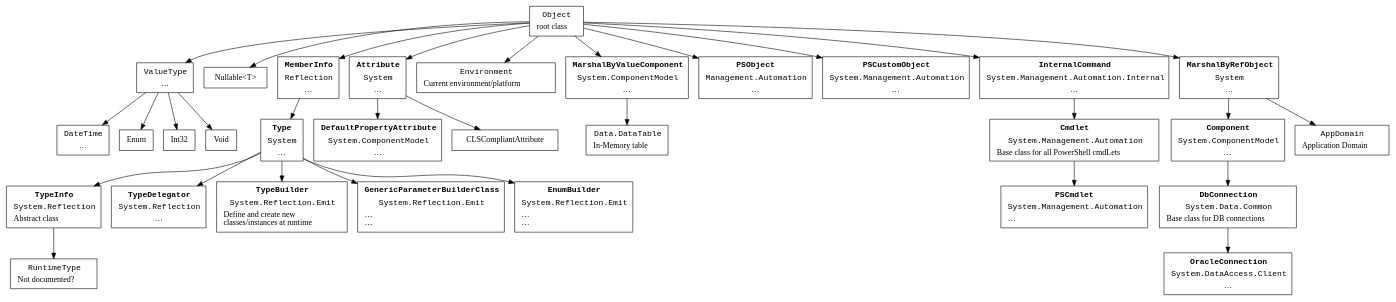
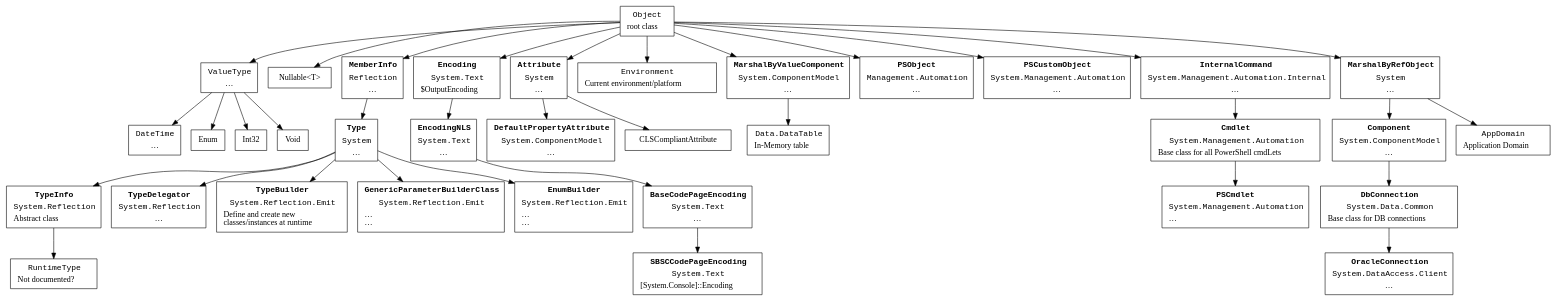
The diagram in namespaces/hierarchy.dot (ReneNyffenegger/temp-dotNet), drawn with Graphviz before and after one commit.

```diff
--- a/namespaces/hierarchy.dot
+++ b/namespaces/hierarchy.dot
@@ -55,6 +55,34 @@
        <tr><td align="text"><font face="Courier"><b>Type</b></font></td></tr>
        <tr><td align="text"><font face="Courier">System</font></td></tr>
        <tr><td>…</td></tr></table> > ];
+
+    System_Text_Encoding [ label=< <table border="0">
+       <tr><td align="text"><font face="Courier"><b>Encoding</b></font></td></tr>
+       <tr><td align="text"><font face="Courier">System.Text</font></td></tr>
+       <tr><td align="text">$OutputEncoding<br align="left"/></td></tr></table> > ];
+
+    System_Object -> System_Text_Encoding
+
+    System_Text_EncodingNLS [ label=< <table border="0">
+       <tr><td align="text"><font face="Courier"><b>EncodingNLS</b></font></td></tr>
+       <tr><td align="text"><font face="Courier">System.Text</font></td></tr>
+       <tr><td>…</td></tr></table> > ];
+
+    System_Text_Encoding -> System_Text_EncodingNLS
+
+    System_Text_BaseCodePageEncoding [ label=< <table border="0">
+       <tr><td align="text"><font face="Courier"><b>BaseCodePageEncoding</b></font></td></tr>
+       <tr><td align="text"><font face="Courier">System.Text</font></td></tr>
+       <tr><td>…</td></tr></table> > ];
+
+    System_Text_EncodingNLS -> System_Text_BaseCodePageEncoding
+
+    System_Text_SBSCCodePageEncoding [ label=< <table border="0">
+       <tr><td align="text"><font face="Courier"><b>SBSCCodePageEncoding</b></font></td></tr>
+       <tr><td align="text"><font face="Courier">System.Text</font></td></tr>
+       <tr><td align="text">[System.Console]::Encoding</td></tr></table> > ];
+
+    System_Text_BaseCodePageEncoding -> System_Text_SBSCCodePageEncoding
 
     System_Type -> System_Reflection_TypeInfo;
     System_Type -> System_Reflection_TypeDelegator;
```
